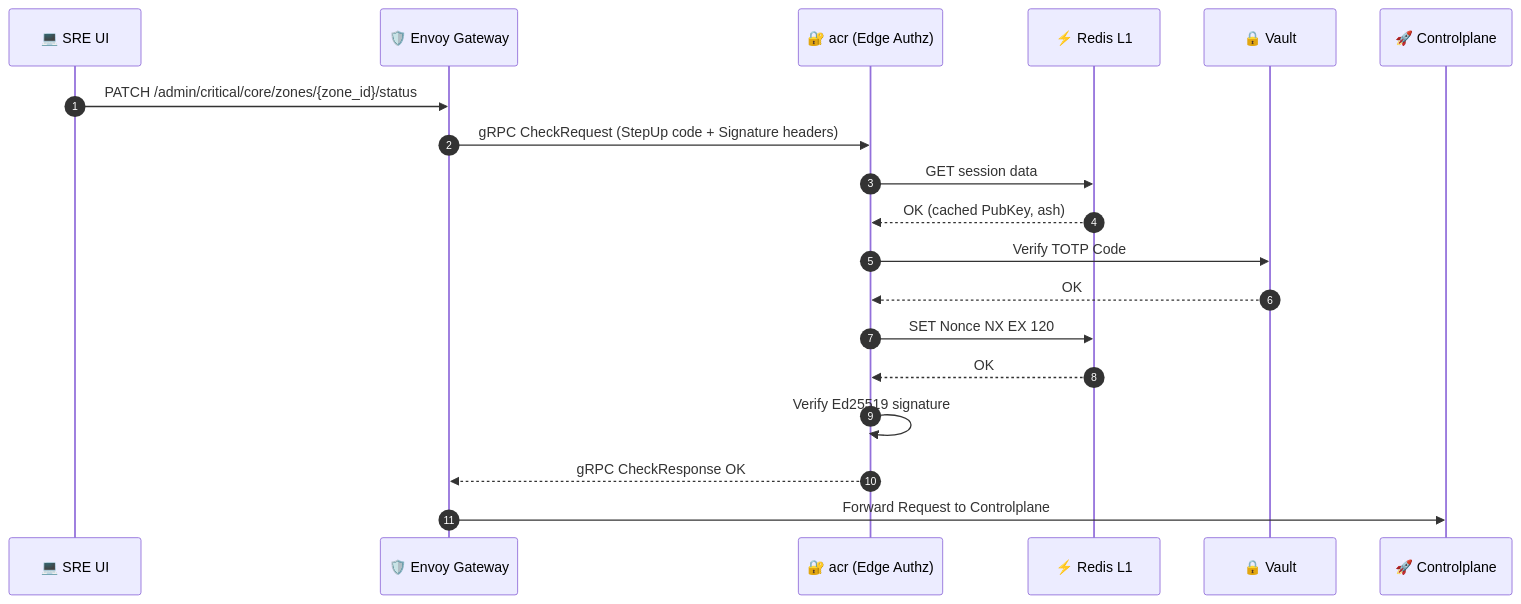
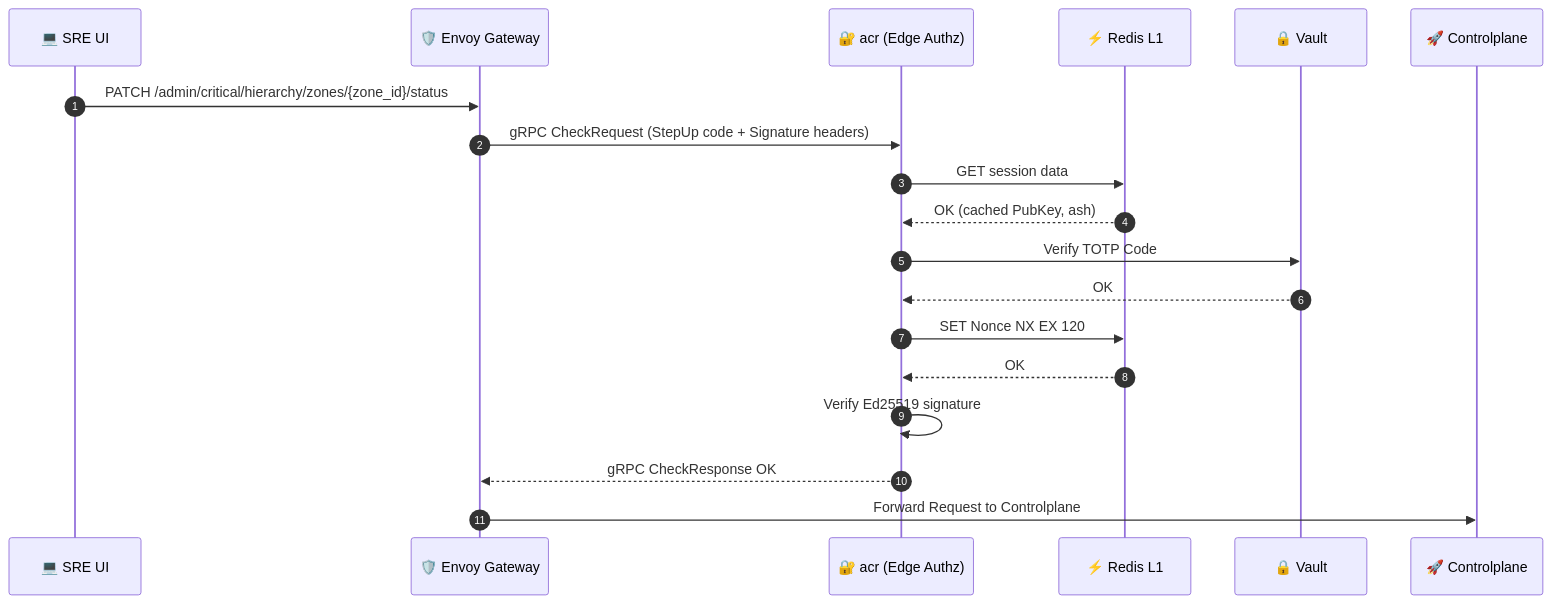
Before and after one commit to phucle996/aurora: the seventh of 22 diagrams in god_view/hierarchy/zone_lifecycle_god_view.md, drawn with Mermaid. The commit also changed other lines of this file and 76 other files, not shown here.

````diff
--- a/god_view/hierarchy/zone_lifecycle_god_view.md
+++ b/god_view/hierarchy/zone_lifecycle_god_view.md
@@ -397,24 +489,24 @@
 ```mermaid
 sequenceDiagram
     autonumber
     participant UI as 💻 SRE UI
     participant Envoy as 🛡️ Envoy Gateway
     participant ACR as 🔐 acr (Edge Authz)
     participant Redis as ⚡ Redis L1
     participant Vault as 🔒 Vault
     participant CP as 🚀 Controlplane
 
-    UI->>Envoy: PATCH /admin/critical/core/zones/{zone_id}/status
+    UI->>Envoy: PATCH /admin/critical/hierarchy/zones/{zone_id}/status
     Envoy->>ACR: gRPC CheckRequest (StepUp code + Signature headers)
     
     ACR->>Redis: GET session data
     Redis-->>ACR: OK (cached PubKey, ash)
     ACR->>Vault: Verify TOTP Code
     Vault-->>ACR: OK
     ACR->>Redis: SET Nonce NX EX 120
     Redis-->>ACR: OK
     ACR->>ACR: Verify Ed25519 signature
     
     ACR-->>Envoy: gRPC CheckResponse OK
     Envoy->>CP: Forward Request to Controlplane
 ```
````
